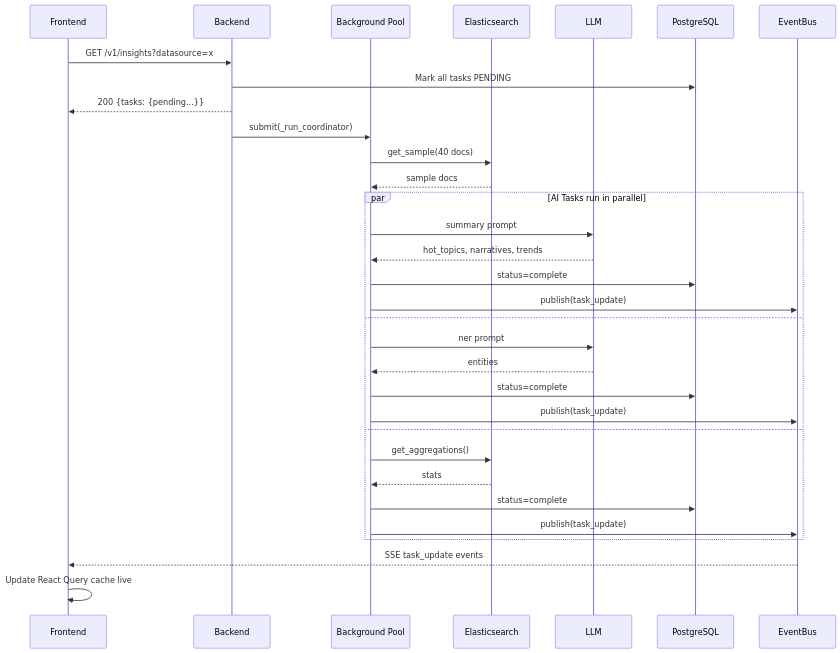
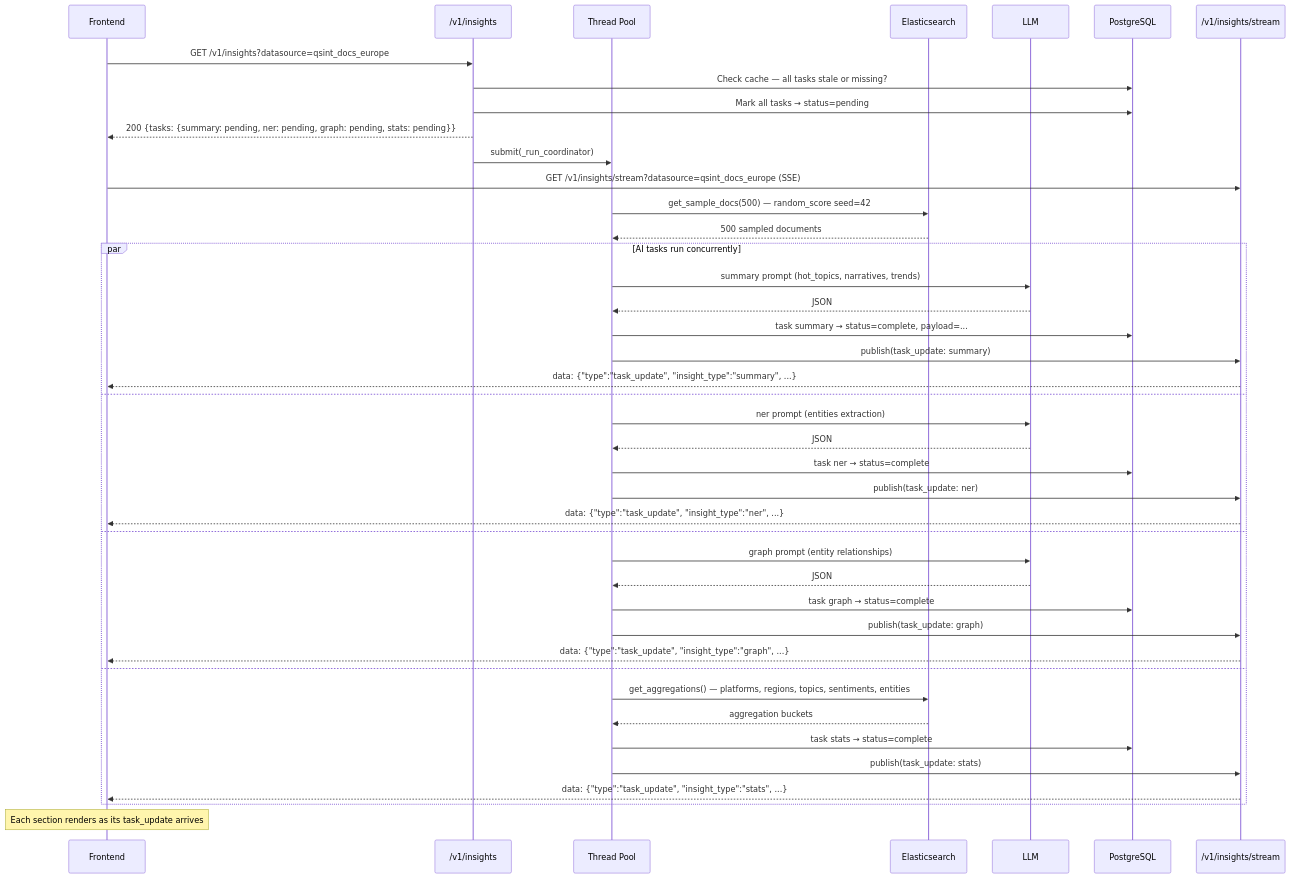
The fifth of 11 diagrams in README.md (bogdancstrike/rag-poc), drawn with Mermaid before and after one commit. The commit also changed other lines of this file and 2 other files, not shown here.

Commit message:
Update LLM model to `qwen3.5:9b` and enhance README with expanded feature details, updated architecture, and revised tech stack documentation.

````diff
--- a/README.md
+++ b/README.md
@@ -344,37 +542,49 @@
 ```mermaid
 sequenceDiagram
-    participant Frontend
-    participant Backend
-    participant BG as Background Pool
+    participant FE as Frontend
+    participant API as /v1/insights
+    participant Pool as Thread Pool
     participant ES as Elasticsearch
     participant LLM
     participant DB as PostgreSQL
+    participant SSE as /v1/insights/stream
 
-    Frontend->>Backend: GET /v1/insights?datasource=x
-    Backend->>DB: Mark all tasks PENDING
-    Backend-->>Frontend: 200 {tasks: {pending...}}
-    Backend->>BG: submit(_run_coordinator)
+    FE->>API: GET /v1/insights?datasource=qsint_docs_europe
+    API->>DB: Check cache — all tasks stale or missing?
+    API->>DB: Mark all tasks → status=pending
+    API-->>FE: 200 {tasks: {summary: pending, ner: pending, graph: pending, stats: pending}}
+    API->>Pool: submit(_run_coordinator)
 
-    BG->>ES: get_sample(40 docs)
-    ES-->>BG: sample docs
+    FE->>SSE: GET /v1/insights/stream?datasource=qsint_docs_europe (SSE)
 
-    par AI Tasks run in parallel
-        BG->>LLM: summary prompt
-        LLM-->>BG: hot_topics, narratives, trends
-        BG->>DB: status=complete
-        BG->>EventBus: publish(task_update)
+    Pool->>ES: get_sample_docs(500) — random_score seed=42
+    ES-->>Pool: 500 sampled documents
+
+    par AI tasks run concurrently
+        Pool->>LLM: summary prompt (hot_topics, narratives, trends)
+        LLM-->>Pool: JSON
+        Pool->>DB: task summary → status=complete, payload=...
+        Pool->>SSE: publish(task_update: summary)
+        SSE-->>FE: data: {"type":"task_update", "insight_type":"summary", ...}
     and
-        BG->>LLM: ner prompt
-        LLM-->>BG: entities
-        BG->>DB: status=complete
-        BG->>EventBus: publish(task_update)
+        Pool->>LLM: ner prompt (entities extraction)
+        LLM-->>Pool: JSON
+        Pool->>DB: task ner → status=complete
+        Pool->>SSE: publish(task_update: ner)
+        SSE-->>FE: data: {"type":"task_update", "insight_type":"ner", ...}
     and
-        BG->>ES: get_aggregations()
-        ES-->>BG: stats
-        BG->>DB: status=complete
-        BG->>EventBus: publish(task_update)
+        Pool->>LLM: graph prompt (entity relationships)
+        LLM-->>Pool: JSON
+        Pool->>DB: task graph → status=complete
+        Pool->>SSE: publish(task_update: graph)
+        SSE-->>FE: data: {"type":"task_update", "insight_type":"graph", ...}
+    and
+        Pool->>ES: get_aggregations() — platforms, regions, topics, sentiments, entities
+        ES-->>Pool: aggregation buckets
+        Pool->>DB: task stats → status=complete
+        Pool->>SSE: publish(task_update: stats)
+        SSE-->>FE: data: {"type":"task_update", "insight_type":"stats", ...}
     end
 
-    EventBus-->>Frontend: SSE task_update events
-    Frontend->>Frontend: Update React Query cache live
+    Note over FE: Each section renders as its task_update arrives
 ```
````
